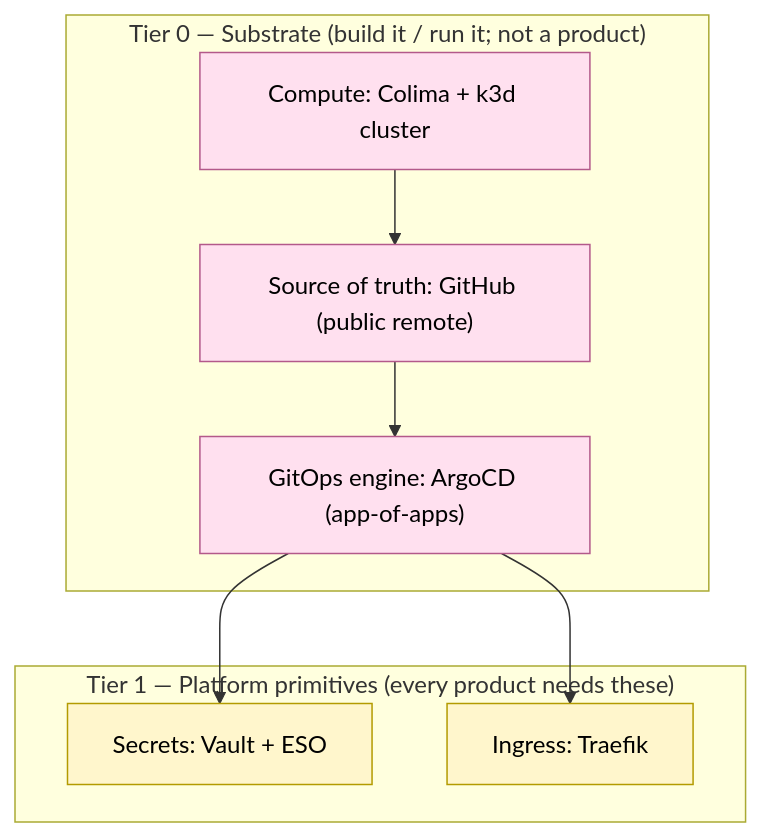
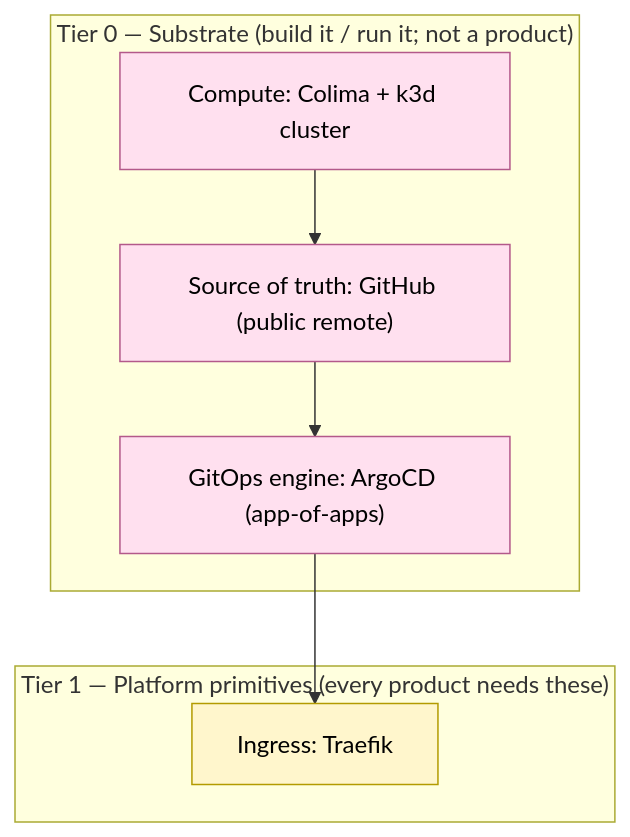
Before and after one commit to tooming/k8s-anywhere: the diagram in docs/platform-products.md, drawn with Mermaid. The commit also changed other lines of this file and 60 other files, not shown here.

First line of the commit message:
chore!: remove Vault + External Secrets Operator entirely (ADR-0042) (#1510)

````diff
--- a/docs/platform-products.md
+++ b/docs/platform-products.md
@@ -50,18 +50,17 @@
 ```mermaid
 graph TD
   classDef sub fill:#ffe0ef,stroke:#b3598a,color:#000
   classDef prim fill:#fff6cc,stroke:#b39b00,color:#000
 
   subgraph T0["Tier 0 — Substrate (build it / run it; not a product)"]
     compute["Compute: Colima + k3d cluster"]:::sub
     scm["Source of truth: GitHub (public remote)"]:::sub
     cd["GitOps engine: ArgoCD (app-of-apps)"]:::sub
   end
   subgraph T1["Tier 1 — Platform primitives (every product needs these)"]
-    secrets["Secrets: Vault + ESO"]:::prim
     ingress["Ingress: Traefik"]:::prim
   end
 
   compute --> scm --> cd
-  cd --> secrets & ingress
+  cd --> ingress
 ```
````
